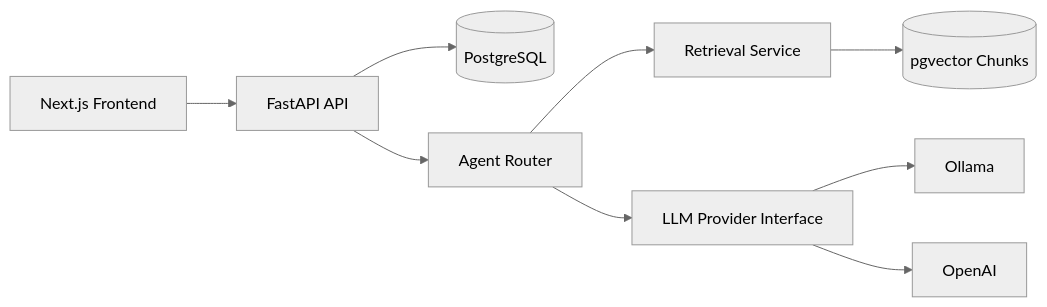
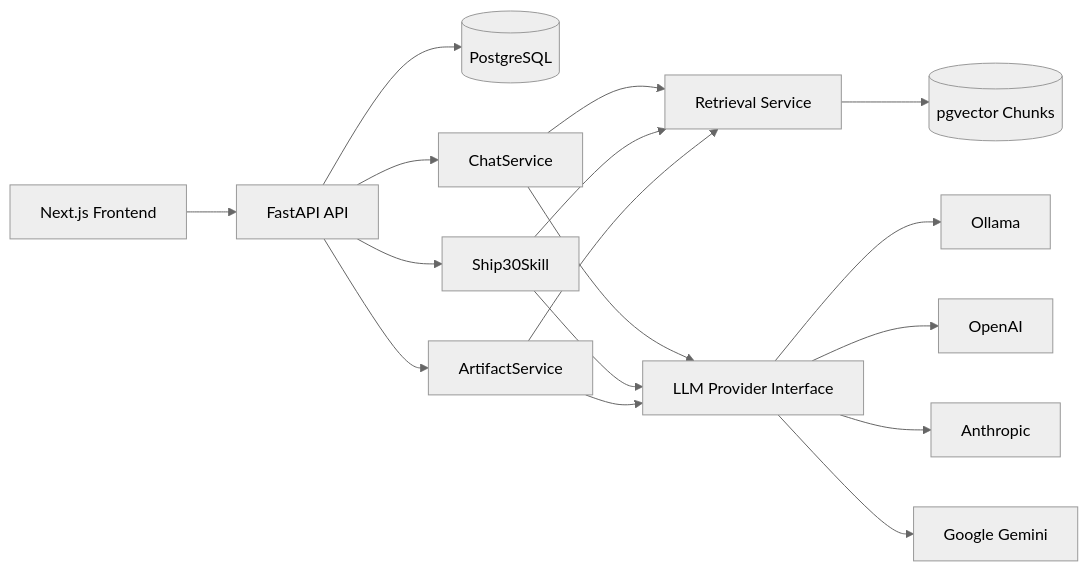
One commit to kunalkosh2004/The-Lenny-Growth-Assistant changed the first of 2 diagrams in architecture.md. Above: the diagram before and after it, drawn with Mermaid (neutral theme). The commit also changed other lines of this file and 1 other file, not shown here.

First line of the commit message:
docs: document Claude Agent SDK trade-off and correct agent routing docs

````diff
--- a/architecture.md
+++ b/architecture.md
@@ -8,11 +8,19 @@
 ```mermaid
 flowchart LR
     Browser[Next.js Frontend] --> FastAPI[FastAPI API]
     FastAPI --> DB[(PostgreSQL)]
-    FastAPI --> Router[Agent Router]
-    Router --> RAG[Retrieval Service]
+    FastAPI --> Chat[ChatService]
+    FastAPI --> Ship30[Ship30Skill]
+    FastAPI --> Artifact[ArtifactService]
+    Chat --> RAG[Retrieval Service]
+    Ship30 --> RAG
+    Artifact --> RAG
     RAG --> Vector[(pgvector Chunks)]
-    Router --> LLM[LLM Provider Interface]
+    Chat --> LLM[LLM Provider Interface]
+    Ship30 --> LLM
+    Artifact --> LLM
     LLM --> Ollama[Ollama]
     LLM --> OpenAI[OpenAI]
+    LLM --> Anthropic[Anthropic]
+    LLM --> Gemini[Google Gemini]
 ```
````
